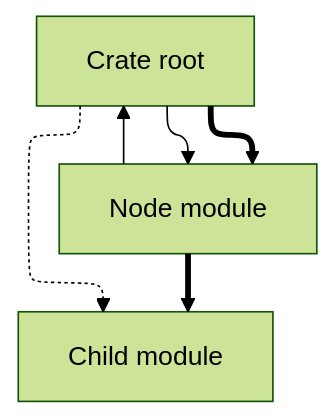
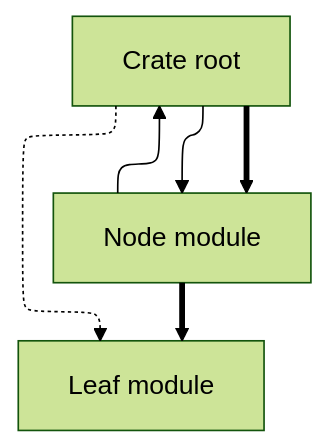
One commit to rust-lang/libc changed the first of 5 diagrams in notes/new-algo.md. Above: the diagram before and after it, drawn with Mermaid (forest theme). The commit also changed other lines of this file, not shown here.

````diff
--- a/notes/new-algo.md
+++ b/notes/new-algo.md
@@ -1175,12 +1175,12 @@
 ```mermaid
 ---
 config:
   layout: elk
 ---
 graph
   root[Crate root] ==> node[Node module]
-  node ==> child[Child module]
+  node ==> child[Leaf module]
   root -.-> child
   root --> node
   node --> root
 ```
````
